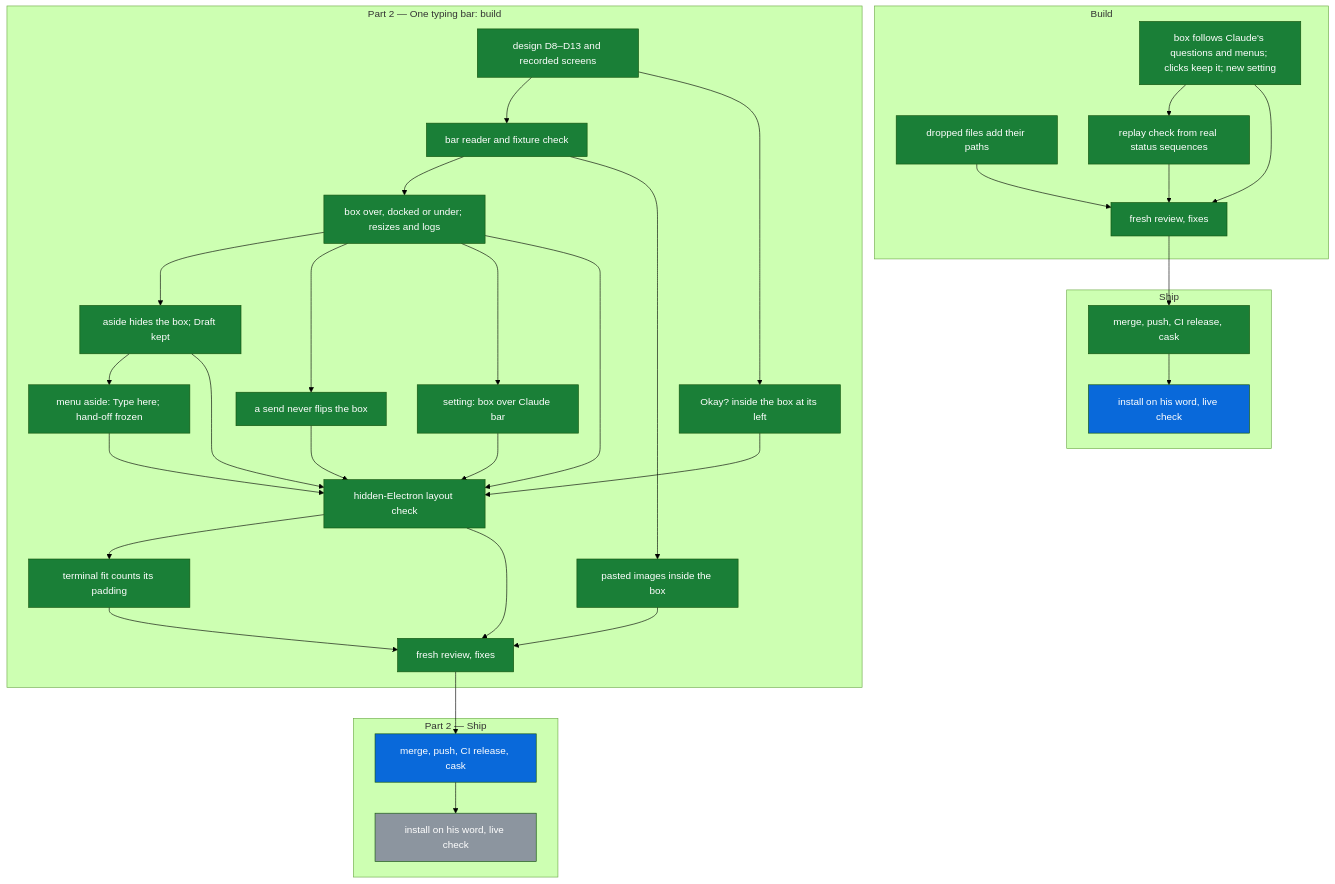
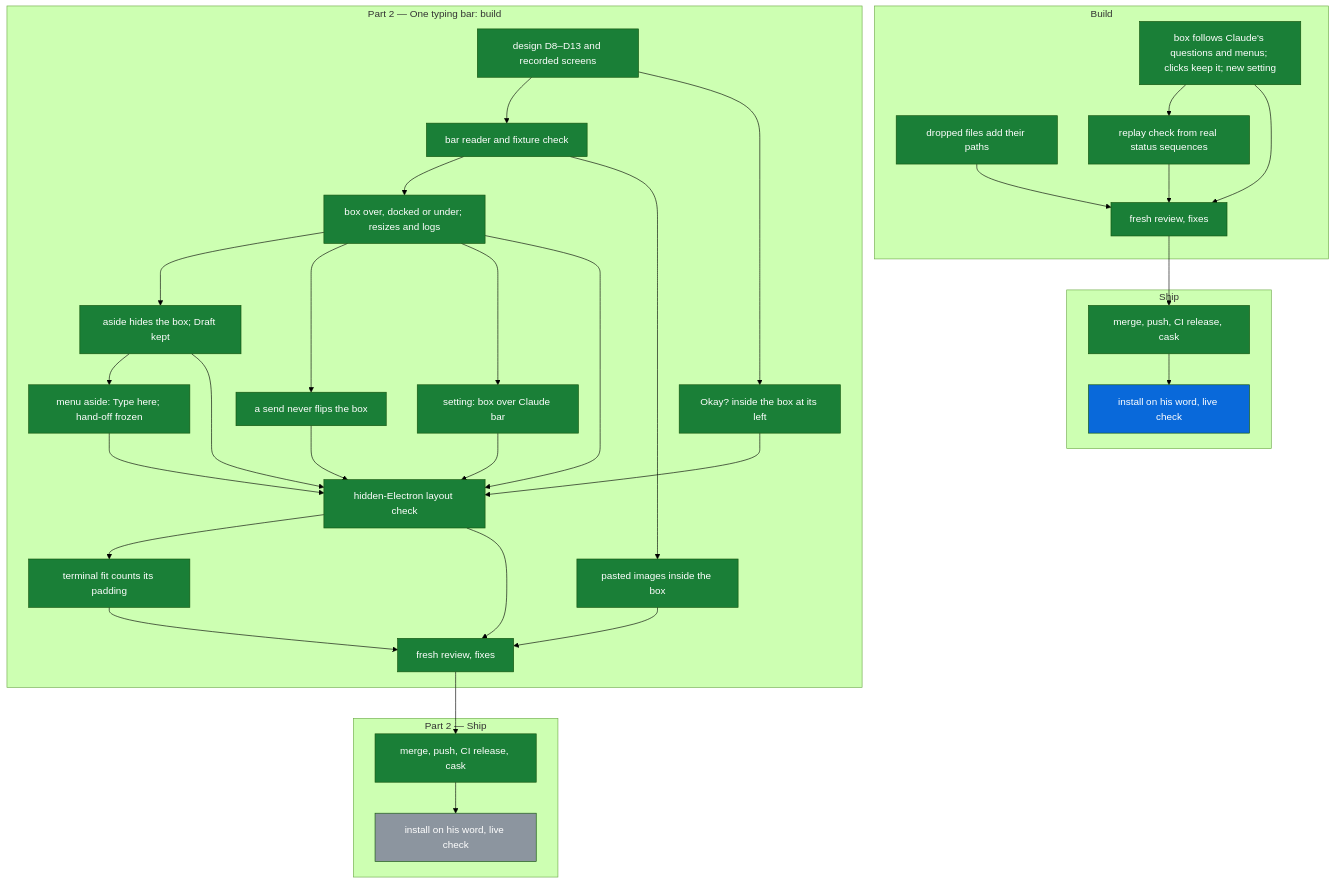
Before and after one commit to michaeljryoung/patton: the diagram in docs/compose-box.md, drawn with Mermaid (forest theme). The commit also changed other lines of this file, not shown here.

Commit message:
Compose box map: v1.32.0 released, cask checked (S58) [no-release]

````diff
--- a/docs/compose-box.md
+++ b/docs/compose-box.md
@@ -11,63 +11,63 @@
 ```mermaid
 flowchart TD
   subgraph B["Build"]
     box_core[box follows Claude's questions and menus; clicks keep it; new setting]:::done
     box_drop[dropped files add their paths]:::done
     box_replay[replay check from real status sequences]:::done
     box_review[fresh review, fixes]:::done
   end
   subgraph S["Ship"]
     box_release[merge, push, CI release, cask]:::done
     box_ship[install on his word, live check]:::live
   end
   subgraph O["Part 2 — One typing bar: build"]
     bar_design[design D8–D13 and recorded screens]:::done
     bar_reader[bar reader and fixture check]:::done
     bar_placement[box over, docked or under; resizes and logs]:::done
     send_no_flip[a send never flips the box]:::done
     bar_aside[aside hides the box; Draft kept]:::done
     aside_fixes[menu aside: Type here; hand-off frozen]:::done
     okay_in_box[Okay? inside the box at its left]:::done
     over_setting[setting: box over Claude bar]:::done
     bar_layout_check[hidden-Electron layout check]:::done
     fit_padding[terminal fit counts its padding]:::done
     images_in_box[pasted images inside the box]:::done
     bar_review[fresh review, fixes]:::done
   end
   subgraph OS["Part 2 — Ship"]
-    bar_release[merge, push, CI release, cask]:::live
+    bar_release[merge, push, CI release, cask]:::done
     bar_ship[install on his word, live check]:::todo
   end
   box_core --> box_replay
   box_core --> box_review
   box_drop --> box_review
   box_replay --> box_review
   box_review --> box_release
   box_release --> box_ship
   bar_design --> bar_reader
   bar_reader --> bar_placement
   bar_placement --> bar_aside
   bar_aside --> aside_fixes
   aside_fixes --> bar_layout_check
   bar_placement --> send_no_flip
   send_no_flip --> bar_layout_check
   bar_design --> okay_in_box
   bar_placement --> over_setting
   bar_placement --> bar_layout_check
   bar_aside --> bar_layout_check
   okay_in_box --> bar_layout_check
   over_setting --> bar_layout_check
   bar_layout_check --> fit_padding
   fit_padding --> bar_review
   bar_layout_check --> bar_review
   bar_reader --> images_in_box
   images_in_box --> bar_review
   bar_review --> bar_release
   bar_release --> bar_ship
   classDef done fill:#1a7f37,color:#fff
   classDef live fill:#0969da,color:#fff
   classDef todo fill:#8c959f,color:#fff
   classDef blocked fill:#cf222e,color:#fff
   classDef dropped fill:#eaeef2,color:#57606a
   classDef superseded fill:#eaeef2,color:#57606a
 ```
````
